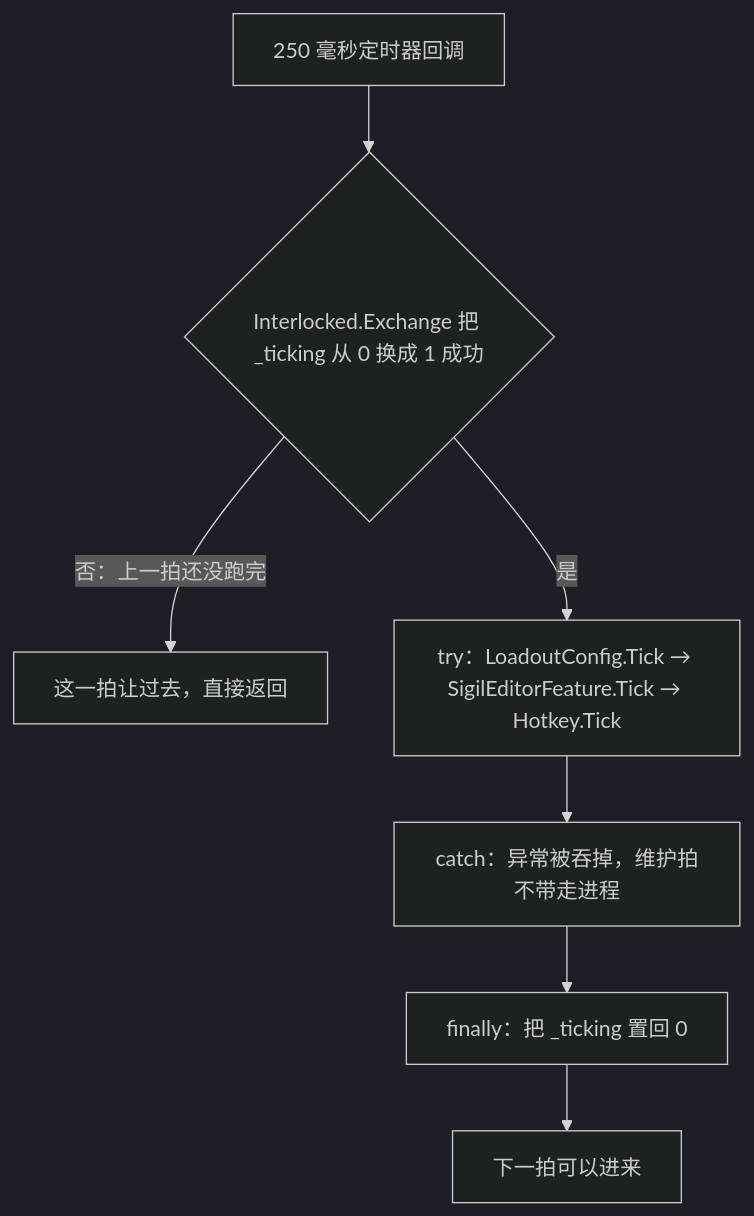
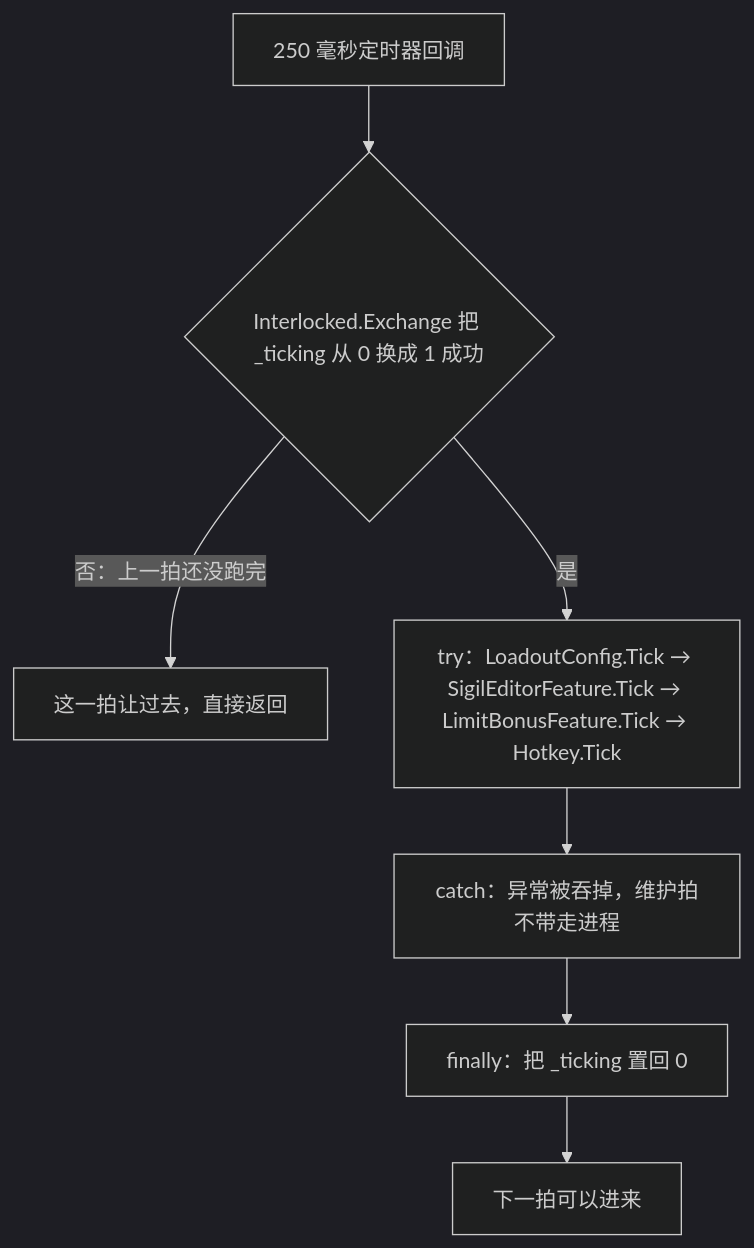
One commit to baagod/GBFR-Sigil-Loadout changed the fourth of 4 diagrams in openwiki/concepts/threading-and-locks.md. Above: the diagram before and after it, drawn with Mermaid (dark theme). The commit also changed other lines of this file and 52 other files, not shown here.

````diff
--- a/openwiki/concepts/threading-and-locks.md
+++ b/openwiki/concepts/threading-and-locks.md
@@ -312,9 +387,9 @@
 ```mermaid
 flowchart TD
     T["250 毫秒定时器回调"] --> G{"Interlocked.Exchange 把 _ticking 从 0 换成 1 成功"}
     G -- "否：上一拍还没跑完" --> S["这一拍让过去，直接返回"]
-    G -- "是" --> P["try：LoadoutConfig.Tick → SigilEditorFeature.Tick → Hotkey.Tick"]
+    G -- "是" --> P["try：LoadoutConfig.Tick → SigilEditorFeature.Tick → LimitBonusFeature.Tick → Hotkey.Tick"]
     P --> C["catch：异常被吞掉，维护拍不带走进程"]
     C --> F["finally：把 _ticking 置回 0"]
     F --> N["下一拍可以进来"]
 ```
````
